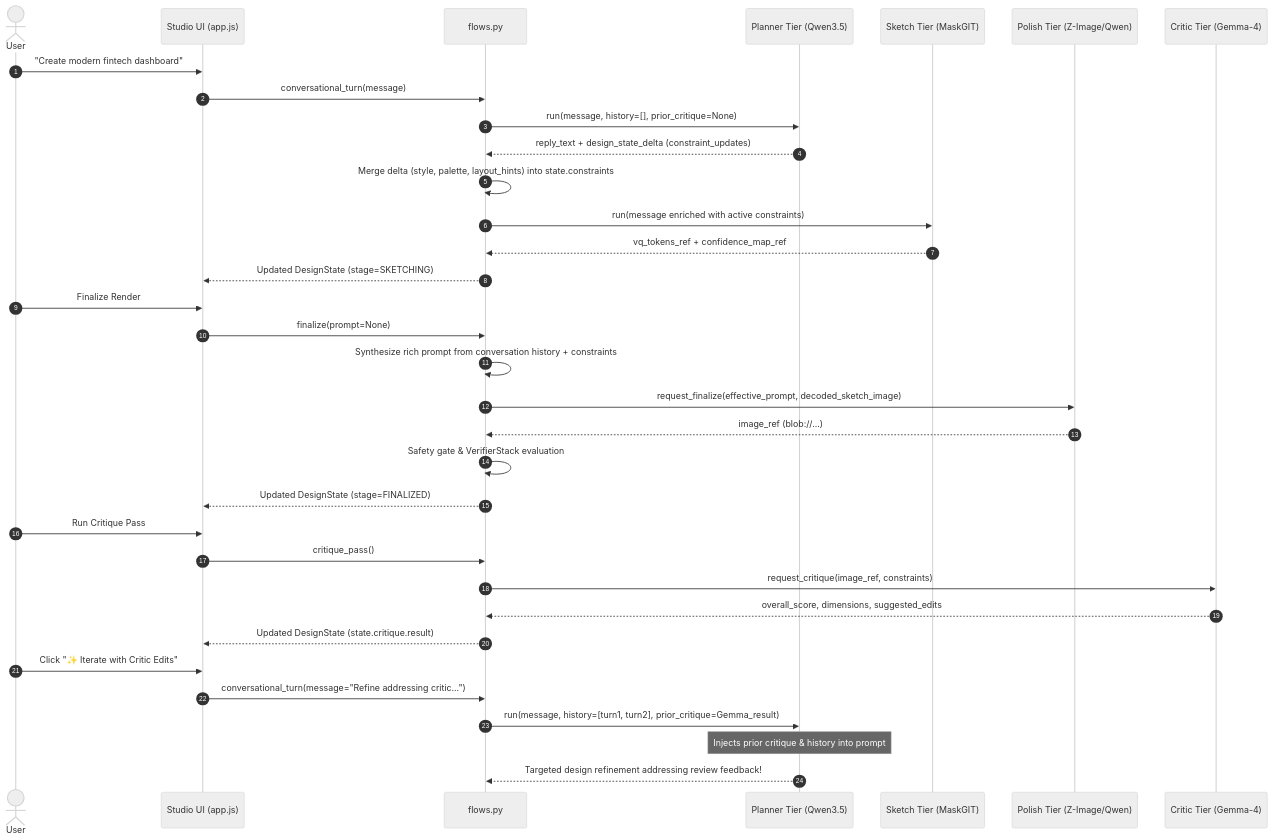
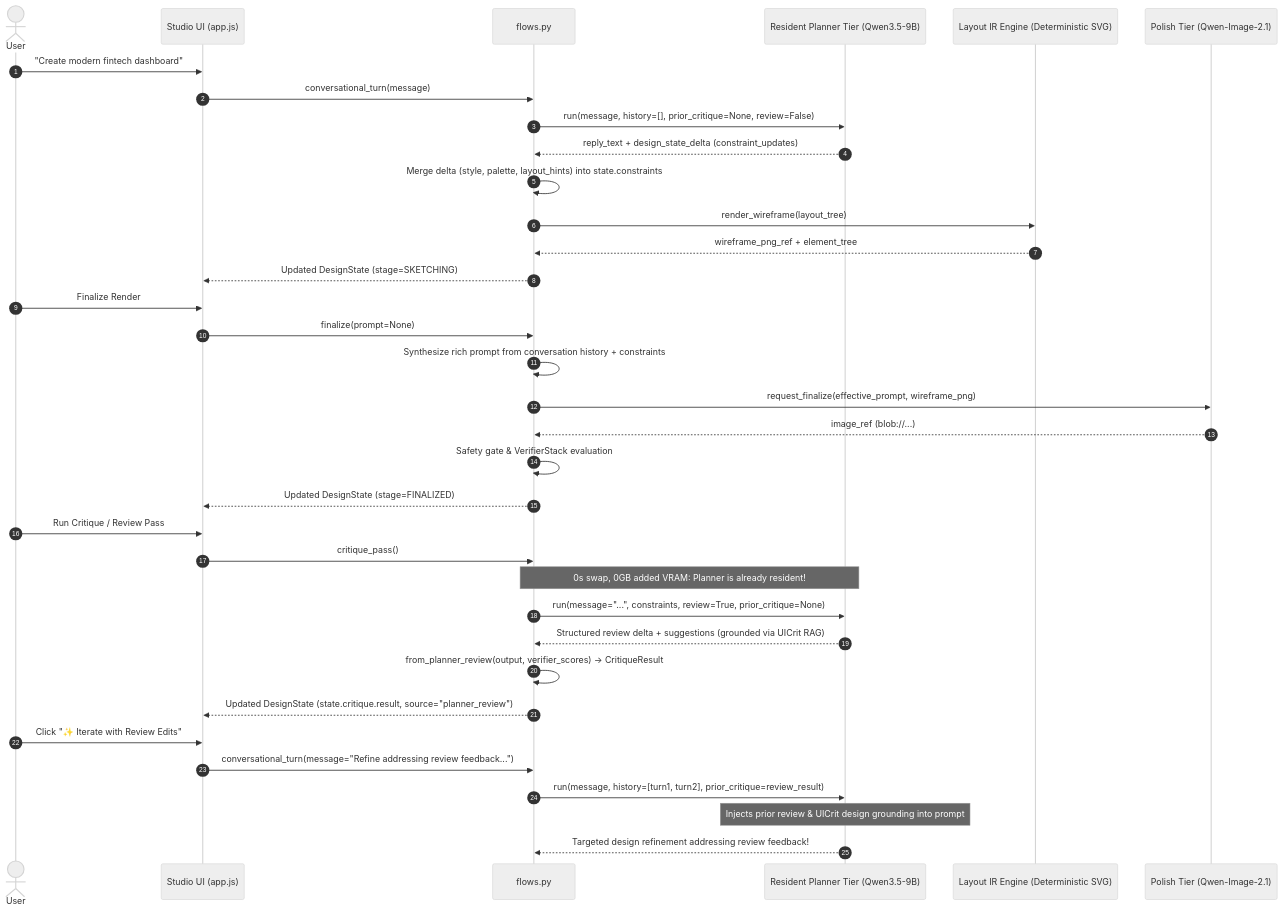
One commit to priyanshu-ogdev/Krisna changed the diagram in docs/architecture/TRAINING_INFERENCE_SYNC_DESIGN.md. Above: the diagram before and after it, drawn with Mermaid (neutral theme). The commit also changed other lines of this file and 14 other files, not shown here.

Commit message:
docs(research): record architecture verdict and upgrade evidence

````diff
--- a/docs/architecture/TRAINING_INFERENCE_SYNC_DESIGN.md
+++ b/docs/architecture/TRAINING_INFERENCE_SYNC_DESIGN.md
@@ -61,40 +71,41 @@
 ```mermaid
 sequenceDiagram
     autonumber
     actor User
     participant Frontend as Studio UI (app.js)
     participant Flows as flows.py
-    participant Planner as Planner Tier (Qwen3.5)
-    participant Sketch as Sketch Tier (MaskGIT)
-    participant Polish as Polish Tier (Z-Image/Qwen)
-    participant Critic as Critic Tier (Gemma-4)
+    participant Planner as Resident Planner Tier (Qwen3.5-9B)
+    participant Layout as Layout IR Engine (Deterministic SVG)
+    participant Polish as Polish Tier (Qwen-Image-2.1)
 
     User->>Frontend: "Create modern fintech dashboard"
     Frontend->>Flows: conversational_turn(message)
-    Flows->>Planner: run(message, history=[], prior_critique=None)
+    Flows->>Planner: run(message, history=[], prior_critique=None, review=False)
     Planner-->>Flows: reply_text + design_state_delta (constraint_updates)
     Flows->>Flows: Merge delta (style, palette, layout_hints) into state.constraints
-    Flows->>Sketch: run(message enriched with active constraints)
-    Sketch-->>Flows: vq_tokens_ref + confidence_map_ref
+    Flows->>Layout: render_wireframe(layout_tree)
+    Layout-->>Flows: wireframe_png_ref + element_tree
     Flows-->>Frontend: Updated DesignState (stage=SKETCHING)
 
     User->>Frontend: Finalize Render
     Frontend->>Flows: finalize(prompt=None)
     Flows->>Flows: Synthesize rich prompt from conversation history + constraints
-    Flows->>Polish: request_finalize(effective_prompt, decoded_sketch_image)
+    Flows->>Polish: request_finalize(effective_prompt, wireframe_png)
     Polish-->>Flows: image_ref (blob://...)
     Flows->>Flows: Safety gate & VerifierStack evaluation
     Flows-->>Frontend: Updated DesignState (stage=FINALIZED)
 
-    User->>Frontend: Run Critique Pass
+    User->>Frontend: Run Critique / Review Pass
     Frontend->>Flows: critique_pass()
-    Flows->>Critic: request_critique(image_ref, constraints)
-    Critic-->>Flows: overall_score, dimensions, suggested_edits
-    Flows-->>Frontend: Updated DesignState (state.critique.result)
+    Note over Flows,Planner: 0s swap, 0GB added VRAM: Planner is already resident!
+    Flows->>Planner: run(message="...", constraints, review=True, prior_critique=None)
+    Planner-->>Flows: Structured review delta + suggestions (grounded via UICrit RAG)
+    Flows->>Flows: from_planner_review(output, verifier_scores) -> CritiqueResult
+    Flows-->>Frontend: Updated DesignState (state.critique.result, source="planner_review")
 
-    User->>Frontend: Click "✨ Iterate with Critic Edits"
-    Frontend->>Flows: conversational_turn(message="Refine addressing critic...")
-    Flows->>Planner: run(message, history=[turn1, turn2], prior_critique=Gemma_result)
-    Note over Planner: Injects prior critique & history into prompt
+    User->>Frontend: Click "✨ Iterate with Review Edits"
+    Frontend->>Flows: conversational_turn(message="Refine addressing review feedback...")
+    Flows->>Planner: run(message, history=[turn1, turn2], prior_critique=review_result)
+    Note over Planner: Injects prior review & UICrit design grounding into prompt
     Planner-->>Flows: Targeted design refinement addressing review feedback!
 ```
````
